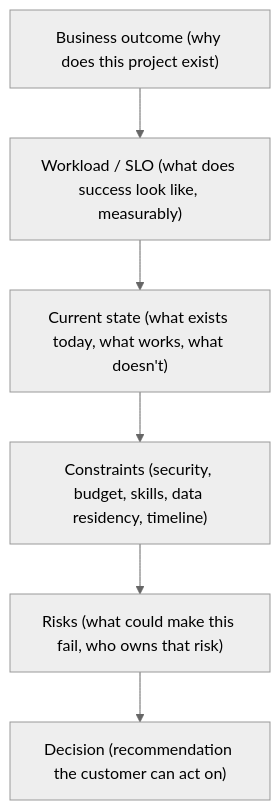
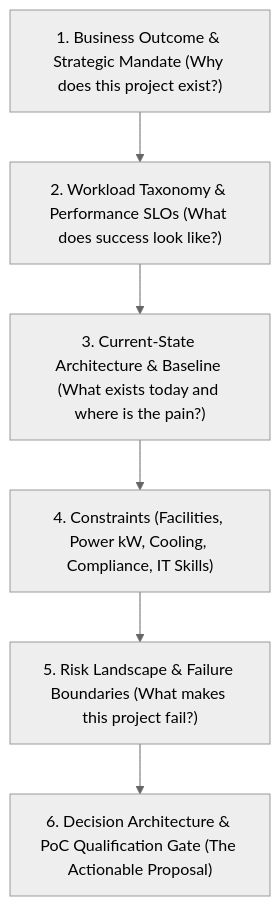
The diagram in docs/volume-09/09-chapter-9-customer-discovery-interview.md (jithinpnjm/nvidia-devops), drawn with Mermaid (neutral theme) before and after one commit. The commit also changed other lines of this file and 10 other files, not shown here.

````diff
--- a/docs/volume-09/09-chapter-9-customer-discovery-interview.md
+++ b/docs/volume-09/09-chapter-9-customer-discovery-interview.md
@@ -22,11 +21,11 @@
 ```mermaid
 flowchart TD
-    A["Business outcome (why does this project exist)"]
-    B["Workload / SLO (what does success look like, measurably)"]
-    C["Current state (what exists today, what works, what doesn't)"]
-    D["Constraints (security, budget, skills, data residency, timeline)"]
-    E["Risks (what could make this fail, who owns that risk)"]
-    F["Decision (recommendation the customer can act on)"]
+    A["1. Business Outcome & Strategic Mandate (Why does this project exist?)"]
+    B["2. Workload Taxonomy & Performance SLOs (What does success look like?)"]
+    C["3. Current-State Architecture & Baseline (What exists today and where is the pain?)"]
+    D["4. Constraints (Facilities, Power kW, Cooling, Compliance, IT Skills)"]
+    E["5. Risk Landscape & Failure Boundaries (What makes this project fail?)"]
+    F["6. Decision Architecture & PoC Qualification Gate (The Actionable Proposal)"]
 
     A --> B --> C --> D --> E --> F
 ```
````
